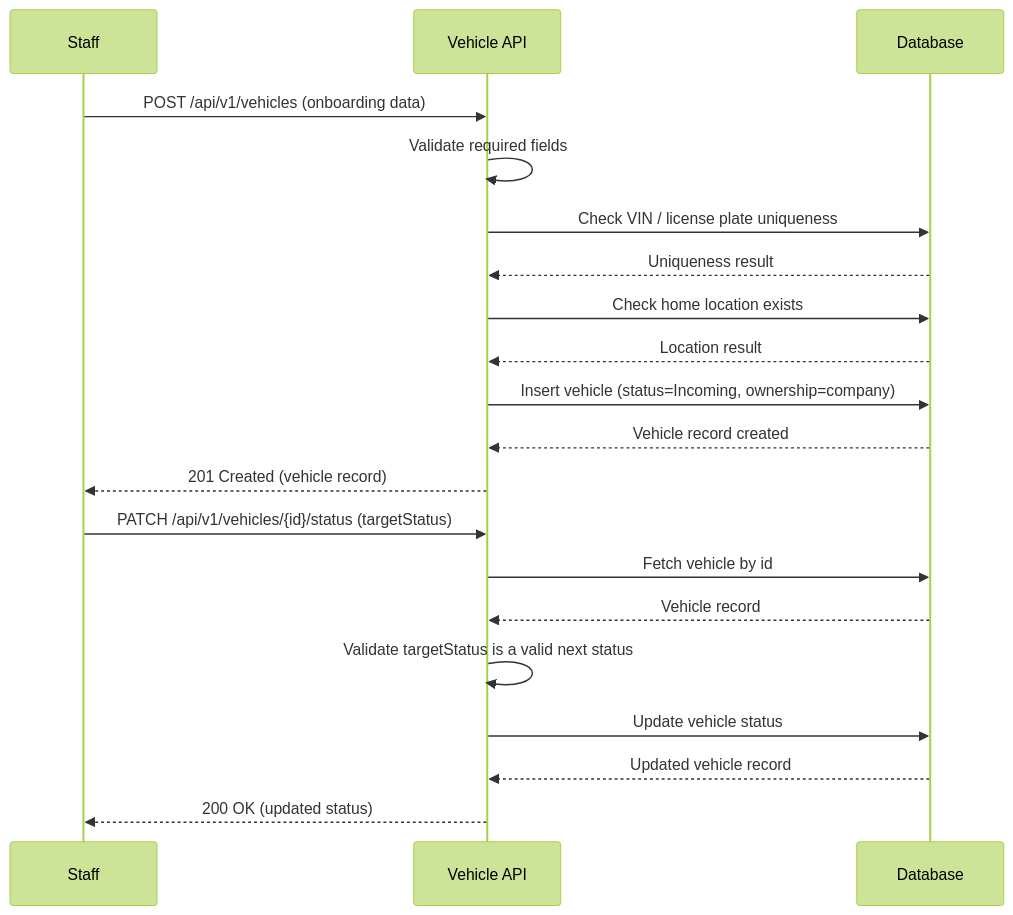
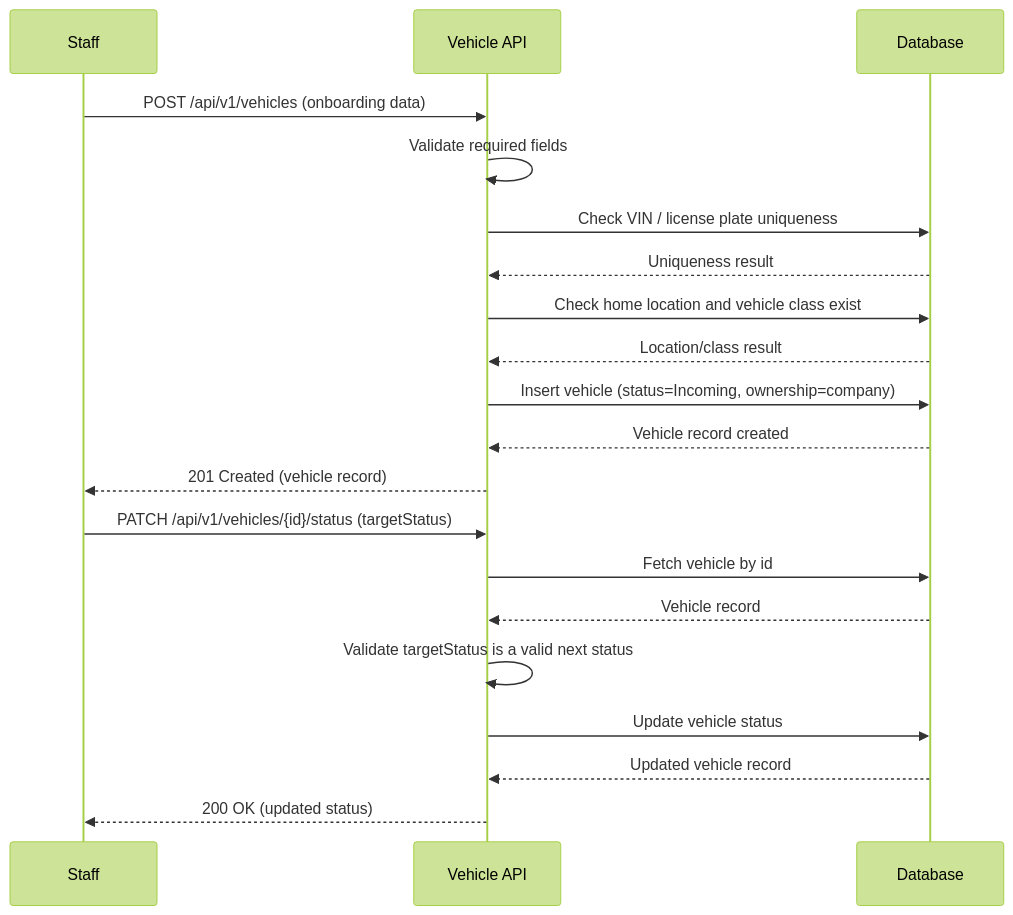
Before and after one commit to timpamungkas/ai-sdlc: the diagram in docs/trd/trd-vehicle-onboarding.md, drawn with Mermaid (forest theme). The commit also changed other lines of this file and 1 other file, not shown here.

Commit message:
Merge vehicles table definition across Vehicle Onboarding, Location & Inventory, and Reservation Allocation TRDs

````diff
--- a/docs/trd/trd-vehicle-onboarding.md
+++ b/docs/trd/trd-vehicle-onboarding.md
@@ -145,24 +146,24 @@
 ```mermaid
 sequenceDiagram
     participant Staff
     participant API as Vehicle API
     participant DB as Database
 
     Staff->>API: POST /api/v1/vehicles (onboarding data)
     API->>API: Validate required fields
     API->>DB: Check VIN / license plate uniqueness
     DB-->>API: Uniqueness result
-    API->>DB: Check home location exists
-    DB-->>API: Location result
+    API->>DB: Check home location and vehicle class exist
+    DB-->>API: Location/class result
     API->>DB: Insert vehicle (status=Incoming, ownership=company)
     DB-->>API: Vehicle record created
     API-->>Staff: 201 Created (vehicle record)
 
     Staff->>API: PATCH /api/v1/vehicles/{id}/status (targetStatus)
     API->>DB: Fetch vehicle by id
     DB-->>API: Vehicle record
     API->>API: Validate targetStatus is a valid next status
     API->>DB: Update vehicle status
     DB-->>API: Updated vehicle record
     API-->>Staff: 200 OK (updated status)
 ```
````
